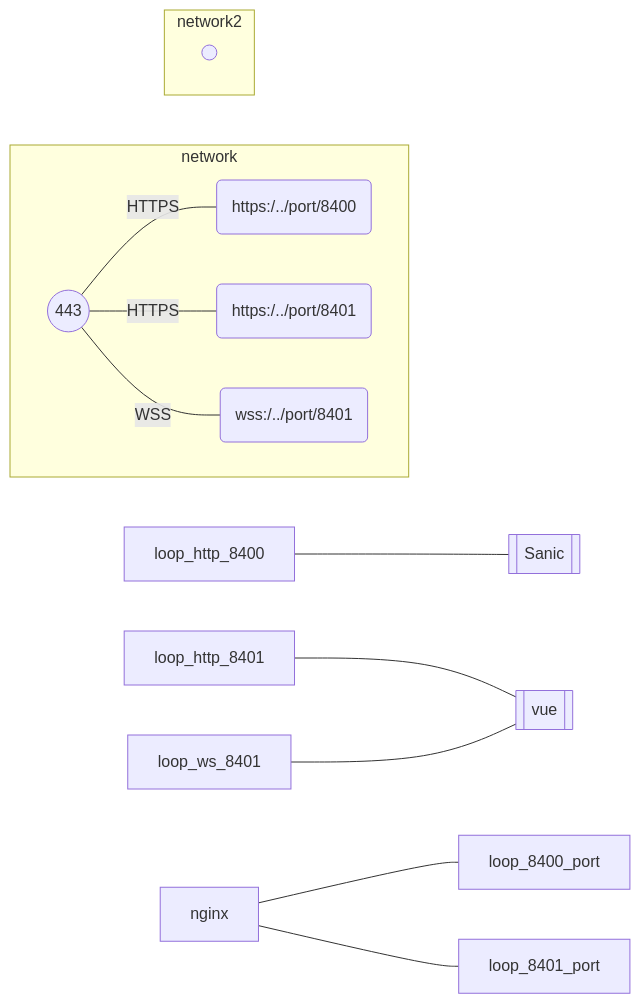
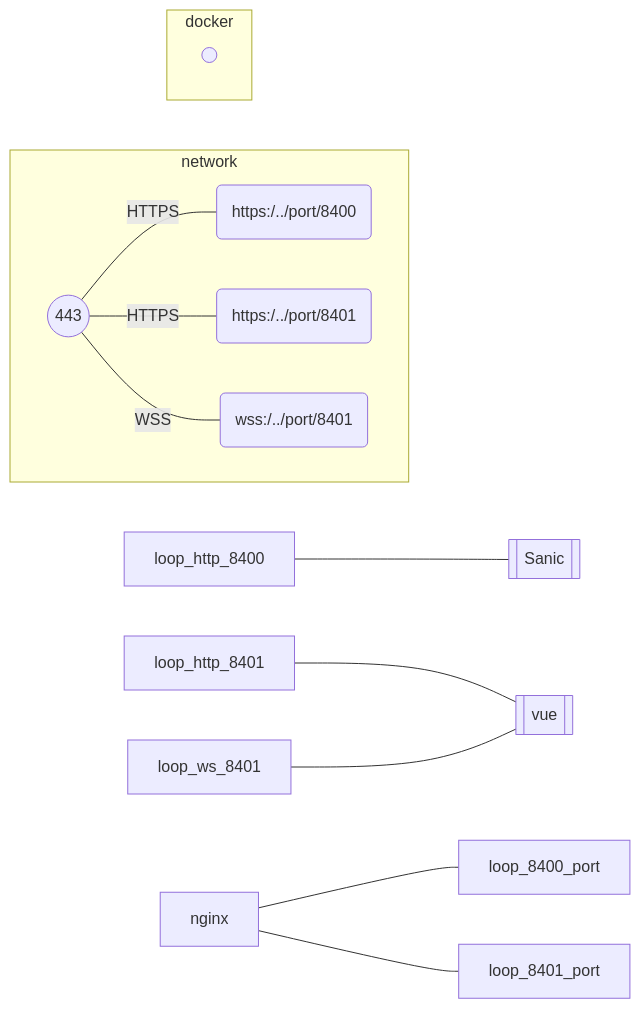
One commit to smucclaw/gsheet changed the third of 5 diagrams in natural4-server/natural4_server/nginx-proxy.md. Above: the diagram before and after it, drawn with Mermaid.

Commit message:
Rename network

````diff
--- a/natural4-server/natural4_server/nginx-proxy.md
+++ b/natural4-server/natural4_server/nginx-proxy.md
@@ -64,21 +64,21 @@
 ```mermaid
 flowchart LR
     subgraph network
         direction LR
         network_tls((  ))-- HTTPS ---network_https_8400(https:/../port/8400)
         network_tls((  ))-- HTTPS ---network_https_8401(https:/../port/8401)
         network_tls(( 443 ))-- WSS ---network_wss_8401(wss:/../port/8401)
     end
 
-    subgraph network2
-        direction LR
+    subgraph docker
+        direction TD
         network_tls1((  ))
     end
 
     loop_http_8400---sanic[[ Sanic ]]
     loop_http_8401---vue[[ vue ]]
     loop_ws_8401---vue
     nginx---loop_8400_port
     nginx---loop_8401_port
  
 ```
````
